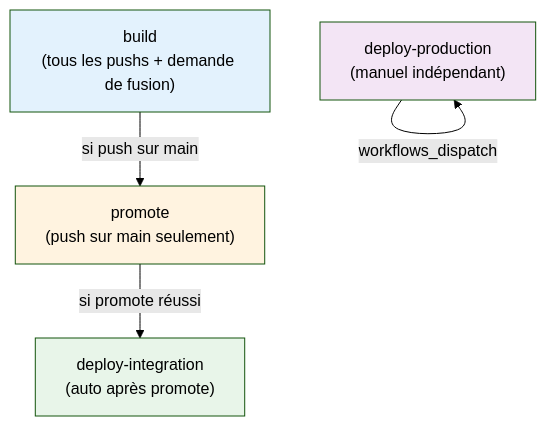
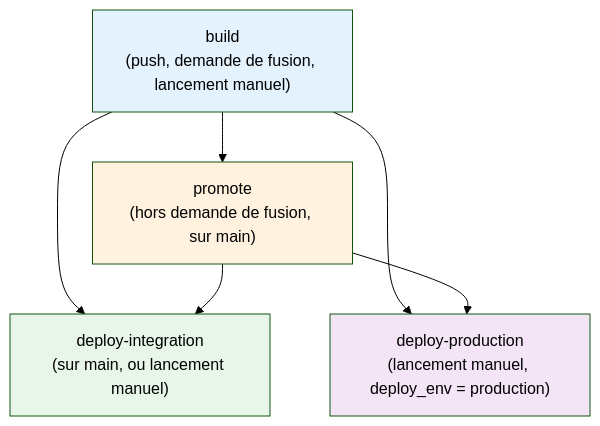
Before and after one commit to logo-solutions/factice: the second of 2 diagrams in Docs/2-pipeline-livraison/ci-cd/pipeline-build-promotion.md, drawn with Mermaid (forest theme). The commit also changed other lines of this file and 24 other files, not shown here.

````diff
--- a/Docs/2-pipeline-livraison/ci-cd/pipeline-build-promotion.md
+++ b/Docs/2-pipeline-livraison/ci-cd/pipeline-build-promotion.md
@@ -49,16 +49,18 @@
 ```mermaid
 graph TD
-    A["build<br/>(tous les pushs + demande de fusion)"]
-    B["promote<br/>(push sur main seulement)"]
-    C["deploy-integration<br/>(auto après promote)"]
-    D["deploy-production<br/>(manuel indépendant)"]
-    
-    A -->|si push sur main| B
-    B -->|si promote réussi| C
-    D -->|workflows_dispatch| D
-    
+    A["build<br/>(push, demande de fusion, lancement manuel)"]
+    B["promote<br/>(hors demande de fusion, sur main)"]
+    C["deploy-integration<br/>(sur main, ou lancement manuel)"]
+    D["deploy-production<br/>(lancement manuel, deploy_env = production)"]
+
+    A --> B
+    A --> C
+    A --> D
+    B --> C
+    B --> D
+
     style A fill:#e3f2fd
     style B fill:#fff3e0
     style C fill:#e8f5e9
     style D fill:#f3e5f5
 ```
````
